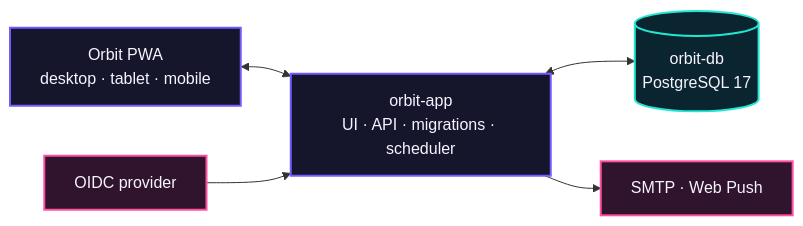
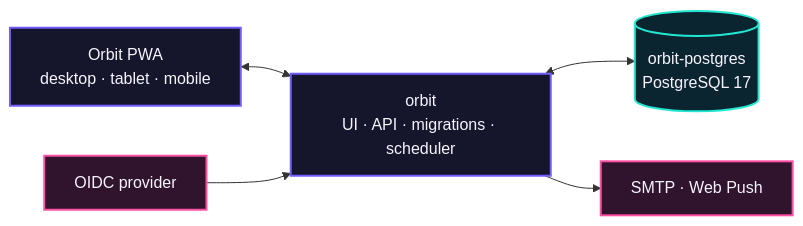
The diagram in README.md (tomlawesome/orbit), drawn with Mermaid before and after one commit. The commit also changed other lines of this file and 1 other file, not shown here.

````diff
--- a/README.md
+++ b/README.md
@@ -106,20 +107,20 @@
 ```mermaid
 flowchart LR
     Browser["Orbit PWA<br/>desktop · tablet · mobile"]
-    App["orbit-app<br/>UI · API · migrations · scheduler"]
-    Database[("orbit-db<br/>PostgreSQL 17")]
+    App["orbit<br/>UI · API · migrations · scheduler"]
+    Database[("orbit-postgres<br/>PostgreSQL 17")]
     Identity["OIDC provider"]
     Delivery["SMTP · Web Push"]
 
     Browser <--> App
     Identity --> App
     App <--> Database
     App --> Delivery
 
     classDef orbit fill:#15162b,stroke:#715cff,color:#f7f4ff,stroke-width:2px;
     classDef cyan fill:#0b2530,stroke:#22e7d3,color:#f7f4ff,stroke-width:2px;
     classDef pink fill:#30142d,stroke:#ff4fa3,color:#f7f4ff,stroke-width:2px;
     class Browser,App orbit;
     class Database cyan;
     class Identity,Delivery pink;
 ```
````
